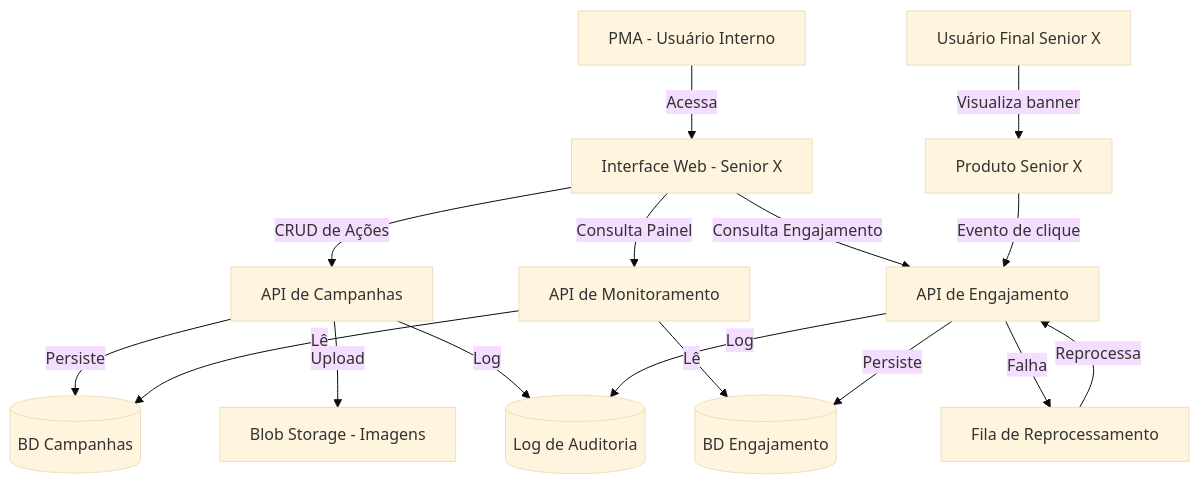
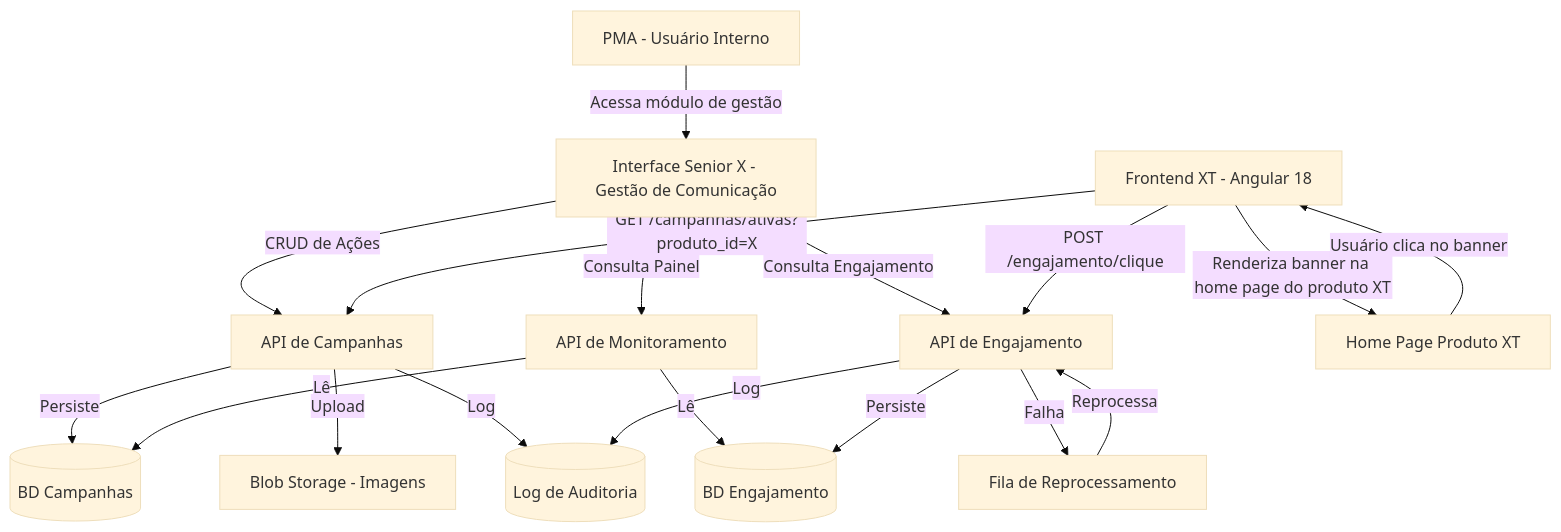
One commit to rafaellimasenior-ai/PRD_Agent changed the first of 2 diagrams in .kiro/specs/gestao-comunicacao-produto/design.md. Above: the diagram before and after it, drawn with Mermaid (base theme). The commit also changed other lines of this file and 1 other file, not shown here.

Commit message:
Inclusão de um template menor e PRD para ações e funções em telas atuais

````diff
--- a/.kiro/specs/gestao-comunicacao-produto/design.md
+++ b/.kiro/specs/gestao-comunicacao-produto/design.md
@@ -178,22 +184,24 @@
 ```mermaid
 graph TD
-    PMA[PMA - Usuário Interno] -->|Acessa| UI[Interface Web - Senior X]
-    UI -->|CRUD de Ações| API_CAMP[API de Campanhas]
-    UI -->|Consulta Painel| API_MON[API de Monitoramento]
-    UI -->|Consulta Engajamento| API_ENG[API de Engajamento]
-    
+    PMA[PMA - Usuário Interno] -->|Acessa módulo de gestão| UI_SENIORX[Interface Senior X - Gestão de Comunicação]
+    UI_SENIORX -->|CRUD de Ações| API_CAMP[API de Campanhas]
+    UI_SENIORX -->|Consulta Painel| API_MON[API de Monitoramento]
+    UI_SENIORX -->|Consulta Engajamento| API_ENG[API de Engajamento]
+
     API_CAMP -->|Persiste| DB_CAMP[(BD Campanhas)]
     API_CAMP -->|Upload| STORAGE[Blob Storage - Imagens]
-    
     API_MON -->|Lê| DB_CAMP
     API_MON -->|Lê| DB_ENG[(BD Engajamento)]
-    
-    USUARIO_FINAL[Usuário Final Senior X] -->|Visualiza banner| UI_PROD[Produto Senior X]
-    UI_PROD -->|Evento de clique| API_ENG
+
+    FRONTEND_XT[Frontend XT - Angular 18] -->|GET /campanhas/ativas?produto_id=X| API_CAMP
+    FRONTEND_XT -->|Renderiza banner na home page do produto XT| HOME_XT[Home Page Produto XT]
+    HOME_XT -->|Usuário clica no banner| FRONTEND_XT
+    FRONTEND_XT -->|POST /engajamento/clique| API_ENG
+
     API_ENG -->|Persiste| DB_ENG
     API_ENG -->|Falha| FILA[Fila de Reprocessamento]
     FILA -->|Reprocessa| API_ENG
-    
+
     API_CAMP -->|Log| AUDIT[(Log de Auditoria)]
     API_ENG -->|Log| AUDIT
 ```
````
